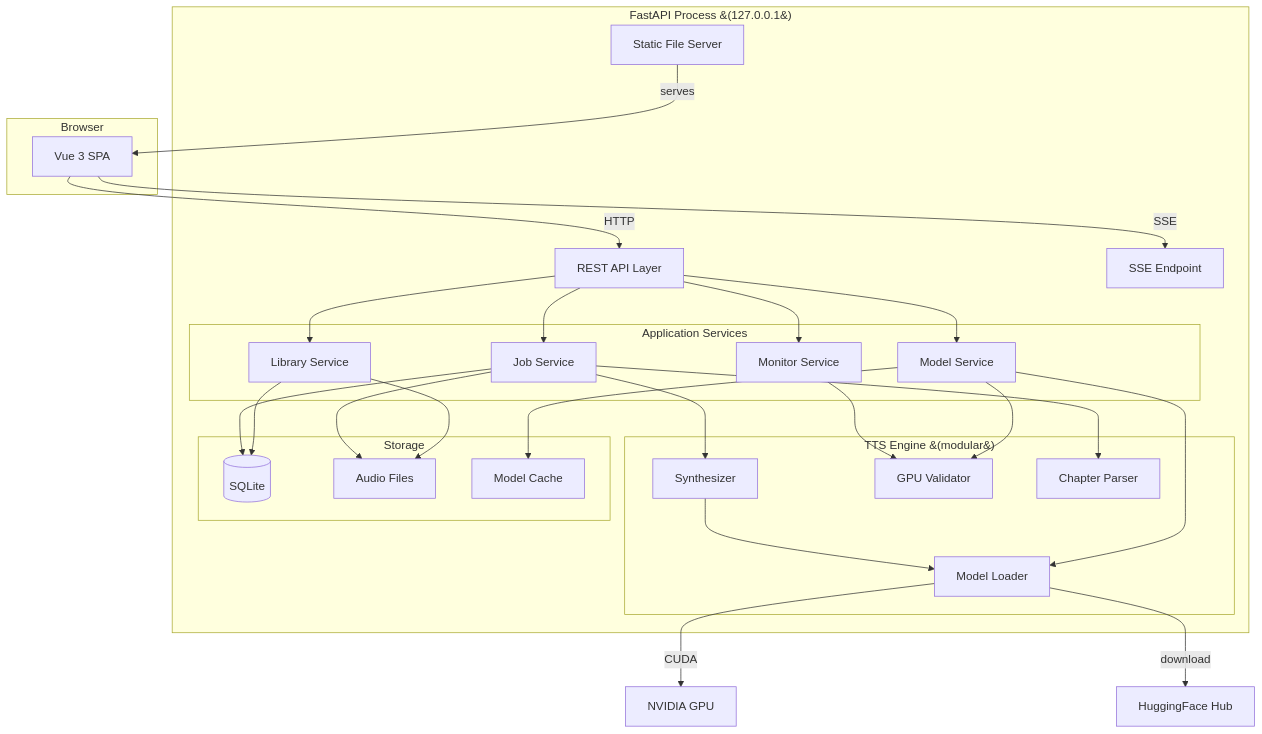
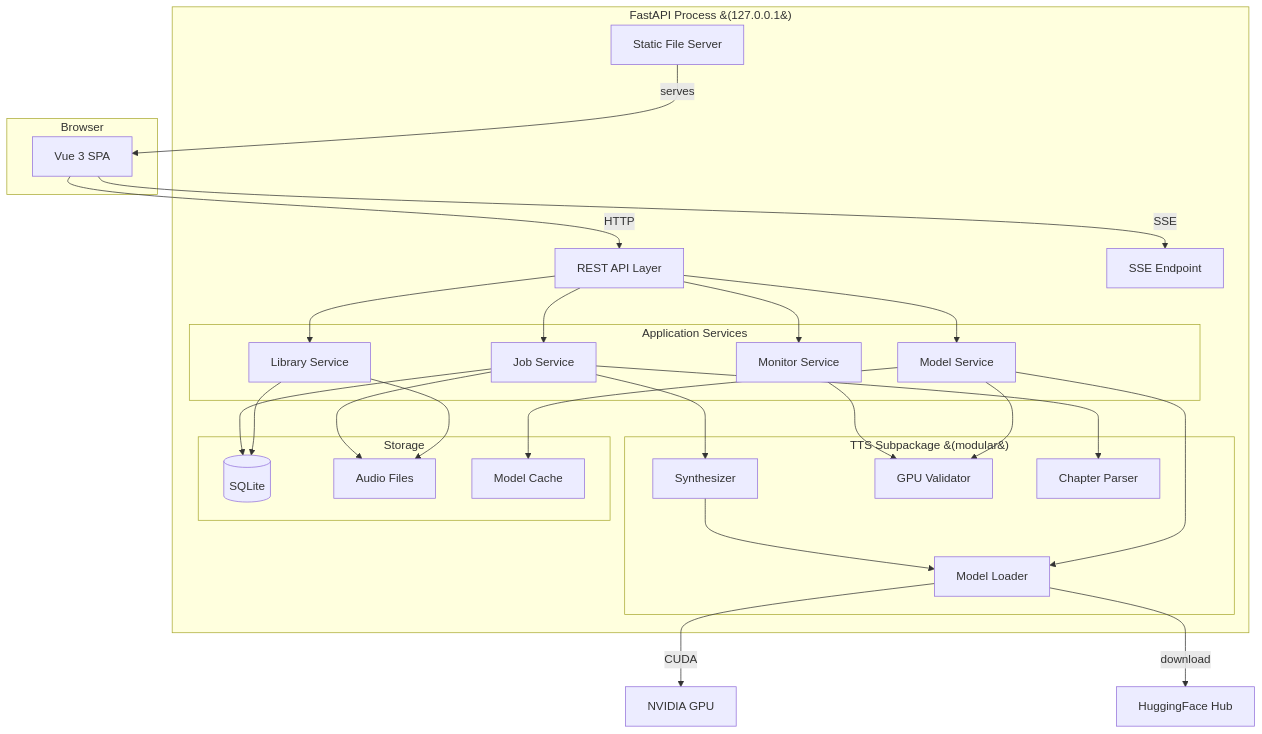
One commit to pangon/local-TTS-web-app changed the second of 2 diagrams in 2-design/architecture.md. Above: the diagram before and after it, drawn with Mermaid. The commit also changed other lines of this file and 8 other files, not shown here.

First line of the commit message:
Merge TTS engine into backend as subpackage (DEC-tts-as-backend-module)

````diff
--- a/2-design/architecture.md
+++ b/2-design/architecture.md
@@ -31,57 +31,57 @@
 ```mermaid
 graph TB
     subgraph Browser
         Vue[Vue 3 SPA]
     end
 
     subgraph "FastAPI Process &#40;127.0.0.1&#41;"
         API[REST API Layer]
         SSEEndpoint[SSE Endpoint]
         Static[Static File Server]
 
         subgraph "Application Services"
             LibSvc[Library Service]
             JobSvc[Job Service]
             ModelSvc[Model Service]
             MonSvc[Monitor Service]
         end
 
-        subgraph "TTS Engine &#40;modular&#41;"
+        subgraph "TTS Subpackage &#40;modular&#41;"
             Synth[Synthesizer]
             ModelLoader[Model Loader]
             GPUVal[GPU Validator]
             ChapterParser[Chapter Parser]
         end
 
         subgraph Storage
             DB[(SQLite)]
             AudioFS[Audio Files]
             ModelCache[Model Cache]
         end
     end
 
     Vue -->|HTTP| API
     Vue -->|SSE| SSEEndpoint
     Static -->|serves| Vue
 
     API --> LibSvc
     API --> JobSvc
     API --> ModelSvc
     API --> MonSvc
 
     JobSvc --> Synth
     ModelSvc --> ModelLoader
     ModelSvc --> GPUVal
     JobSvc --> ChapterParser
 
     LibSvc --> DB
     LibSvc --> AudioFS
     JobSvc --> DB
     JobSvc --> AudioFS
     ModelSvc --> ModelCache
     MonSvc --> GPUVal
 
     Synth --> ModelLoader
     ModelLoader -->|CUDA| GPU[NVIDIA GPU]
     ModelLoader -->|download| HF[HuggingFace Hub]
 ```
````
